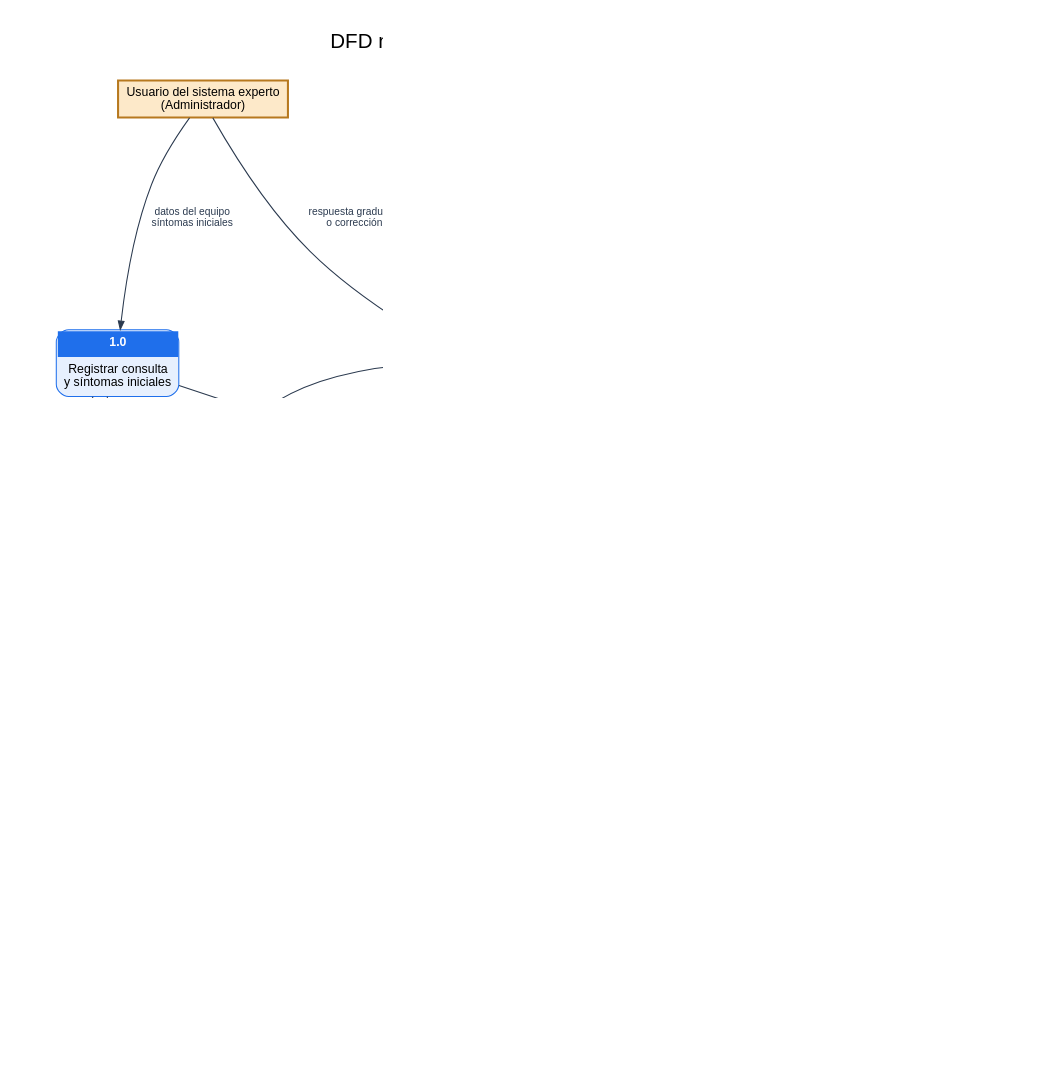
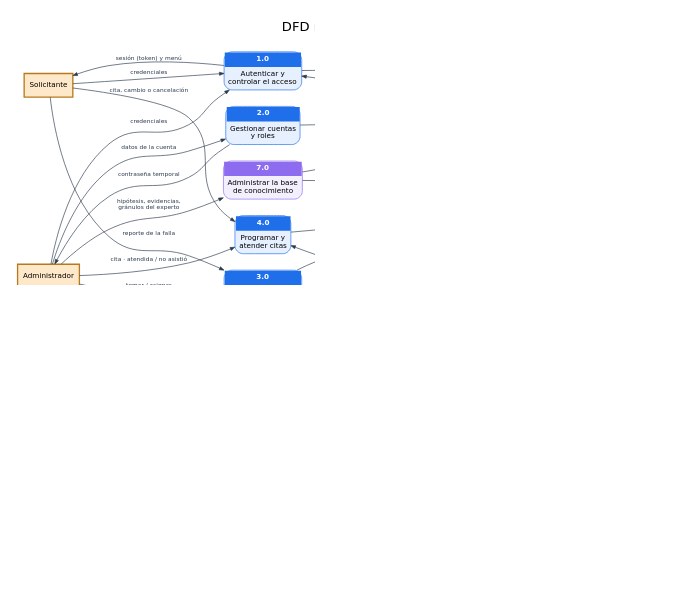
Before and after one commit to JuanCastro6208/SistemaExperto: the diagram in diseno/dfd_nivel1.dot, drawn with Graphviz. The commit also changed 143 other files, not shown here.

First line of the commit message:
Entrega final: procesos transaccionales, patrón DAO y dos bases de datos

```diff
--- a/diseno/dfd_nivel1.dot
+++ b/diseno/dfd_nivel1.dot
@@ -1,52 +1,73 @@
 digraph dfd1 {
-  graph [fontname="Arial", fontsize=20, rankdir=TB, labelloc=t, pad=0.35, dpi=200, nodesep=0.6, ranksep=0.75, splines=spline];
-  node  [fontname="Arial", fontsize=12];
-  edge  [fontname="Arial", fontsize=10, color="#2b3a4f", fontcolor="#2b3a4f", arrowsize=0.8];
-  label="DFD nivel 1 · Sistema de inferencia SEDATI\n ";
-  usuario [shape=box, style="filled", fillcolor="#fde9c9", color="#b7791f", penwidth=2, fontsize=12, label="Usuario del sistema experto\n(Administrador)"];
-  usuario2 [shape=box, style="filled", fillcolor="#fde9c9", color="#b7791f", penwidth=2, fontsize=12, label="Usuario del sistema experto\n(Administrador)"];
-  experto [shape=box, style="filled", fillcolor="#fde9c9", color="#b7791f", penwidth=2, fontsize=12, label="Experto humano /\nadministrador del conocimiento"];
-  p1 [shape=plain, label=<<TABLE BORDER="1" CELLBORDER="0" CELLSPACING="0" CELLPADDING="6" STYLE="ROUNDED" COLOR="#1f6feb" BGCOLOR="#e7f0fe"><TR><TD BGCOLOR="#1f6feb"><FONT COLOR="white"><B>1.0</B></FONT></TD></TR><TR><TD>Registrar consulta<BR/>y síntomas iniciales</TD></TR></TABLE>>];
-  p2 [shape=plain, label=<<TABLE BORDER="1" CELLBORDER="0" CELLSPACING="0" CELLPADDING="6" STYLE="ROUNDED" COLOR="#1f6feb" BGCOLOR="#e7f0fe"><TR><TD BGCOLOR="#1f6feb"><FONT COLOR="white"><B>2.0</B></FONT></TD></TR><TR><TD>Consultar gránulos<BR/>(encadenamiento<BR/>hacia adelante)</TD></TR></TABLE>>];
-  p3 [shape=plain, label=<<TABLE BORDER="1" CELLBORDER="0" CELLSPACING="0" CELLPADDING="6" STYLE="ROUNDED" COLOR="#1f6feb" BGCOLOR="#e7f0fe"><TR><TD BGCOLOR="#1f6feb"><FONT COLOR="white"><B>3.0</B></FONT></TD></TR><TR><TD>Registrar respuesta y<BR/>deducir observaciones</TD></TR></TABLE>>];
-  p4 [shape=plain, label=<<TABLE BORDER="1" CELLBORDER="0" CELLSPACING="0" CELLPADDING="6" STYLE="ROUNDED" COLOR="#1f6feb" BGCOLOR="#e7f0fe"><TR><TD BGCOLOR="#1f6feb"><FONT COLOR="white"><B>4.0</B></FONT></TD></TR><TR><TD>Evaluar gránulos y<BR/>calcular peso probabilístico</TD></TR></TABLE>>];
-  p5 [shape=plain, label=<<TABLE BORDER="1" CELLBORDER="0" CELLSPACING="0" CELLPADDING="6" STYLE="ROUNDED" COLOR="#1f6feb" BGCOLOR="#e7f0fe"><TR><TD BGCOLOR="#1f6feb"><FONT COLOR="white"><B>5.0</B></FONT></TD></TR><TR><TD>Seleccionar siguiente<BR/>pregunta (ganancia<BR/>de información)</TD></TR></TABLE>>];
-  p6 [shape=plain, label=<<TABLE BORDER="1" CELLBORDER="0" CELLSPACING="0" CELLPADDING="6" STYLE="ROUNDED" COLOR="#1f6feb" BGCOLOR="#e7f0fe"><TR><TD BGCOLOR="#1f6feb"><FONT COLOR="white"><B>6.0</B></FONT></TD></TR><TR><TD>Generar diagnóstico<BR/>y explicación</TD></TR></TABLE>>];
-  p7 [shape=plain, label=<<TABLE BORDER="1" CELLBORDER="0" CELLSPACING="0" CELLPADDING="6" STYLE="ROUNDED" COLOR="#1f6feb" BGCOLOR="#e7f0fe"><TR><TD BGCOLOR="#1f6feb"><FONT COLOR="white"><B>7.0</B></FONT></TD></TR><TR><TD>Mantener base de<BR/>conocimiento</TD></TR></TABLE>>];
-  d1 [shape=plain, label=<<TABLE BORDER="0" CELLBORDER="1" CELLSPACING="0" CELLPADDING="5" COLOR="#5b6676"><TR><TD SIDES="LTB" BGCOLOR="#eef1f5"><B>D1</B></TD><TD SIDES="TB" BGCOLOR="#f7f9fb" ALIGN="LEFT">hipotesis</TD></TR></TABLE>>];
-  d2 [shape=plain, label=<<TABLE BORDER="0" CELLBORDER="1" CELLSPACING="0" CELLPADDING="5" COLOR="#5b6676"><TR><TD SIDES="LTB" BGCOLOR="#eef1f5"><B>D2</B></TD><TD SIDES="TB" BGCOLOR="#f7f9fb" ALIGN="LEFT">evidencia</TD></TR></TABLE>>];
-  d3 [shape=plain, label=<<TABLE BORDER="0" CELLBORDER="1" CELLSPACING="0" CELLPADDING="5" COLOR="#5b6676"><TR><TD SIDES="LTB" BGCOLOR="#eef1f5"><B>D3</B></TD><TD SIDES="TB" BGCOLOR="#f7f9fb" ALIGN="LEFT">granulo</TD></TR></TABLE>>];
-  d4 [shape=plain, label=<<TABLE BORDER="0" CELLBORDER="1" CELLSPACING="0" CELLPADDING="5" COLOR="#5b6676"><TR><TD SIDES="LTB" BGCOLOR="#eef1f5"><B>D4</B></TD><TD SIDES="TB" BGCOLOR="#f7f9fb" ALIGN="LEFT">memoria de trabajo (temporal)</TD></TR></TABLE>>];
-  d5 [shape=plain, label=<<TABLE BORDER="0" CELLBORDER="1" CELLSPACING="0" CELLPADDING="5" COLOR="#5b6676"><TR><TD SIDES="LTB" BGCOLOR="#eef1f5"><B>D5</B></TD><TD SIDES="TB" BGCOLOR="#f7f9fb" ALIGN="LEFT">consulta</TD></TR></TABLE>>];
-  d6 [shape=plain, label=<<TABLE BORDER="0" CELLBORDER="1" CELLSPACING="0" CELLPADDING="5" COLOR="#5b6676"><TR><TD SIDES="LTB" BGCOLOR="#eef1f5"><B>D6</B></TD><TD SIDES="TB" BGCOLOR="#f7f9fb" ALIGN="LEFT">consulta_respuesta</TD></TR></TABLE>>];
-  d7 [shape=plain, label=<<TABLE BORDER="0" CELLBORDER="1" CELLSPACING="0" CELLPADDING="5" COLOR="#5b6676"><TR><TD SIDES="LTB" BGCOLOR="#eef1f5"><B>D7</B></TD><TD SIDES="TB" BGCOLOR="#f7f9fb" ALIGN="LEFT">escala_respuesta</TD></TR></TABLE>>];
-  d8 [shape=plain, label=<<TABLE BORDER="0" CELLBORDER="1" CELLSPACING="0" CELLPADDING="5" COLOR="#5b6676"><TR><TD SIDES="LTB" BGCOLOR="#eef1f5"><B>D8</B></TD><TD SIDES="TB" BGCOLOR="#f7f9fb" ALIGN="LEFT">consulta_hipotesis</TD></TR></TABLE>>];
-  usuario -> p1 [label="datos del equipo\nsíntomas iniciales"];
-  p1 -> d5 [label="consulta nueva"];
-  p1 -> d6 [label="síntomas (Sí = +1)"];
-  p1 -> p2 [label="evidencias afirmadas"];
-  d3 -> p2 [label="reglas que contienen\nla evidencia / reglas\nde la categoría"];
-  d2 -> p2 [label="evidencias de la\nmisma observación"];
-  d1 -> p2 [label="hipótesis y\nprobabilidad previa"];
-  p2 -> d4 [label="gránulos e hipótesis\ndel diferencial"];
-  usuario -> p3 [label="respuesta graduada\no corrección"];
-  d7 -> p3 [label="valor de la respuesta\n(−1 … +1)"];
-  p3 -> d6 [label="respuesta"];
-  p3 -> d4 [label="hecho y\nobservaciones deducidas"];
-  p3 -> p2 [label="evidencia afirmada\n(nueva consulta granular)", style=dashed];
-  d4 -> p4 [label="hechos y gránulos"];
-  p4 -> p5 [label="distribución de\nprobabilidad"];
-  d4 -> p5 [label="observaciones\npendientes"];
-  p5 -> usuario2 [label="siguiente pregunta\ny su justificación"];
-  p4 -> p6 [label="hipótesis ponderadas\n(peso y FC)"];
-  p6 -> usuario2 [label="5 hipótesis con peso,\nreglas, acción recomendada"];
-  p6 -> d8 [label="resultado (top 5)"];
-  p6 -> d5 [label="cierre de la consulta"];
-  experto -> p7 [label="conocimiento del experto"];
-  p7 -> d1 [label="hipótesis"];
-  p7 -> d2 [label="evidencias"];
-  p7 -> d3 [label="reglas (gránulos)"];
-  {rank=same; usuario; experto;}
-  {rank=same; d1; d2; d3;}
-  {rank=same; usuario2;}
+  graph [fontname="DejaVu Sans", fontsize=20, rankdir=LR, labelloc=t, pad=0.35, dpi=160, nodesep=0.35, ranksep=1.25, splines=spline, newrank=true];
+  node  [fontname="DejaVu Sans", fontsize=11];
+  edge  [fontname="DejaVu Sans", fontsize=9, color="#2b3a4f", fontcolor="#2b3a4f", arrowsize=0.7];
+  label="DFD nivel 1 · SEDATI\n ";
+
+  // entidades externas
+  sol [shape=box, style="filled", fillcolor="#fde9c9", color="#b7791f", penwidth=2, label="Solicitante"];
+  adm [shape=box, style="filled", fillcolor="#fde9c9", color="#b7791f", penwidth=2, label="Administrador"];
+  area [shape=box, style="filled", fillcolor="#fde9c9", color="#b7791f", penwidth=2, label="Área de\nescalamiento"];
+
+  // procesos
+  node [shape=plain];
+  p1 [label=<<TABLE BORDER="1" CELLBORDER="0" CELLSPACING="0" CELLPADDING="5" STYLE="ROUNDED" COLOR="#1f6feb" BGCOLOR="#e7f0fe"><TR><TD BGCOLOR="#1f6feb"><FONT COLOR="white"><B>1.0</B></FONT></TD></TR><TR><TD>Autenticar y<BR/>controlar el acceso</TD></TR></TABLE>>];
+  p2 [label=<<TABLE BORDER="1" CELLBORDER="0" CELLSPACING="0" CELLPADDING="5" STYLE="ROUNDED" COLOR="#1f6feb" BGCOLOR="#e7f0fe"><TR><TD BGCOLOR="#1f6feb"><FONT COLOR="white"><B>2.0</B></FONT></TD></TR><TR><TD>Gestionar cuentas<BR/>y roles</TD></TR></TABLE>>];
+  p3 [label=<<TABLE BORDER="1" CELLBORDER="0" CELLSPACING="0" CELLPADDING="5" STYLE="ROUNDED" COLOR="#1f6feb" BGCOLOR="#e7f0fe"><TR><TD BGCOLOR="#1f6feb"><FONT COLOR="white"><B>3.0</B></FONT></TD></TR><TR><TD>Registrar y asignar<BR/>el incidente</TD></TR></TABLE>>];
+  p4 [label=<<TABLE BORDER="1" CELLBORDER="0" CELLSPACING="0" CELLPADDING="5" STYLE="ROUNDED" COLOR="#1f6feb" BGCOLOR="#e7f0fe"><TR><TD BGCOLOR="#1f6feb"><FONT COLOR="white"><B>4.0</B></FONT></TD></TR><TR><TD>Programar y<BR/>atender citas</TD></TR></TABLE>>];
+  p5 [label=<<TABLE BORDER="1" CELLBORDER="0" CELLSPACING="0" CELLPADDING="5" STYLE="ROUNDED" COLOR="#1e8e5a" BGCOLOR="#e6f5ec"><TR><TD BGCOLOR="#1e8e5a"><FONT COLOR="white"><B>5.0</B></FONT></TD></TR><TR><TD>Diagnosticar con el<BR/>motor de inferencia<BR/><FONT POINT-SIZE="9">(detalle en el nivel 2)</FONT></TD></TR></TABLE>>];
+  p6 [label=<<TABLE BORDER="1" CELLBORDER="0" CELLSPACING="0" CELLPADDING="5" STYLE="ROUNDED" COLOR="#1f6feb" BGCOLOR="#e7f0fe"><TR><TD BGCOLOR="#1f6feb"><FONT COLOR="white"><B>6.0</B></FONT></TD></TR><TR><TD>Registrar solución,<BR/>cerrar o escalar</TD></TR></TABLE>>];
+  p7 [label=<<TABLE BORDER="1" CELLBORDER="0" CELLSPACING="0" CELLPADDING="5" STYLE="ROUNDED" COLOR="#8e6cef" BGCOLOR="#f3effd"><TR><TD BGCOLOR="#8e6cef"><FONT COLOR="white"><B>7.0</B></FONT></TD></TR><TR><TD>Administrar la base<BR/>de conocimiento</TD></TR></TABLE>>];
+  p8 [label=<<TABLE BORDER="1" CELLBORDER="0" CELLSPACING="0" CELLPADDING="5" STYLE="ROUNDED" COLOR="#1f6feb" BGCOLOR="#e7f0fe"><TR><TD BGCOLOR="#1f6feb"><FONT COLOR="white"><B>8.0</B></FONT></TD></TR><TR><TD>Consultar historial,<BR/>indicadores y reportes</TD></TR></TABLE>>];
+
+  // almacenes (sedati_trx = D, sedati_kb = K)
+  d1 [label=<<TABLE BORDER="0" CELLBORDER="1" CELLSPACING="0" CELLPADDING="4" COLOR="#5b6676"><TR><TD SIDES="LTB" BGCOLOR="#eef1f5"><B>D1</B></TD><TD SIDES="TB" BGCOLOR="#f7f9fb" ALIGN="LEFT">usuario · rol · modulo · rol_permiso</TD></TR></TABLE>>];
+  d2 [label=<<TABLE BORDER="0" CELLBORDER="1" CELLSPACING="0" CELLPADDING="4" COLOR="#5b6676"><TR><TD SIDES="LTB" BGCOLOR="#eef1f5"><B>D2</B></TD><TD SIDES="TB" BGCOLOR="#f7f9fb" ALIGN="LEFT">bitacora_acceso</TD></TR></TABLE>>];
+  d3 [label=<<TABLE BORDER="0" CELLBORDER="1" CELLSPACING="0" CELLPADDING="4" COLOR="#5b6676"><TR><TD SIDES="LTB" BGCOLOR="#eef1f5"><B>D3</B></TD><TD SIDES="TB" BGCOLOR="#f7f9fb" ALIGN="LEFT">equipo · tipo_equipo · dependencia</TD></TR></TABLE>>];
+  d4 [label=<<TABLE BORDER="0" CELLBORDER="1" CELLSPACING="0" CELLPADDING="4" COLOR="#5b6676"><TR><TD SIDES="LTB" BGCOLOR="#eef1f5"><B>D4</B></TD><TD SIDES="TB" BGCOLOR="#f7f9fb" ALIGN="LEFT">incidente · incidente_historial</TD></TR></TABLE>>];
+  d5 [label=<<TABLE BORDER="0" CELLBORDER="1" CELLSPACING="0" CELLPADDING="4" COLOR="#5b6676"><TR><TD SIDES="LTB" BGCOLOR="#eef1f5"><B>D5</B></TD><TD SIDES="TB" BGCOLOR="#f7f9fb" ALIGN="LEFT">cita</TD></TR></TABLE>>];
+  d6 [label=<<TABLE BORDER="0" CELLBORDER="1" CELLSPACING="0" CELLPADDING="4" COLOR="#5b6676"><TR><TD SIDES="LTB" BGCOLOR="#eef1f5"><B>D6</B></TD><TD SIDES="TB" BGCOLOR="#f7f9fb" ALIGN="LEFT">diagnostico · incidente_evidencia · diagnostico_hipotesis</TD></TR></TABLE>>];
+  d7 [label=<<TABLE BORDER="0" CELLBORDER="1" CELLSPACING="0" CELLPADDING="4" COLOR="#5b6676"><TR><TD SIDES="LTB" BGCOLOR="#eef1f5"><B>D7</B></TD><TD SIDES="TB" BGCOLOR="#f7f9fb" ALIGN="LEFT">intervencion · escalamiento</TD></TR></TABLE>>];
+  d8 [label=<<TABLE BORDER="0" CELLBORDER="1" CELLSPACING="0" CELLPADDING="4" COLOR="#5b6676"><TR><TD SIDES="LTB" BGCOLOR="#eef1f5"><B>D8</B></TD><TD SIDES="TB" BGCOLOR="#f7f9fb" ALIGN="LEFT">auditoria_conocimiento</TD></TR></TABLE>>];
+  k1 [label=<<TABLE BORDER="0" CELLBORDER="1" CELLSPACING="0" CELLPADDING="4" COLOR="#8e6cef"><TR><TD SIDES="LTB" BGCOLOR="#e9e2fb"><B>K</B></TD><TD SIDES="TB" BGCOLOR="#f6f2fe" ALIGN="LEFT">sedati_kb: hipotesis · evidencia · granulo</TD></TR></TABLE>>];
+
+  // flujos
+  sol -> p1 [label="credenciales"];
+  adm -> p1 [label="credenciales"];
+  d1 -> p1 [label="cuenta, hash y permisos"];
+  p1 -> d2 [label="intento de ingreso"];
+  p1 -> sol [label="sesión (token) y menú"];
+  adm -> p2 [label="datos de la cuenta"];
+  p2 -> d1 [label="cuenta y rol"];
+  p2 -> adm [label="contraseña temporal"];
+  sol -> p3 [label="reporte de la falla"];
+  p3 -> d3 [label="equipo nuevo"];
+  p3 -> d4 [label="incidente ABIERTO"];
+  adm -> p3 [label="tomar / asignar"];
+  sol -> p4 [label="cita, cambio o cancelación"];
+  adm -> p4 [label="cita · atendida / no asistió"];
+  d4 -> p4 [label="responsable"];
+  p4 -> d5 [label="cita sin solape"];
+  adm -> p5 [label="síntomas y\nrespuestas graduadas"];
+  k1 -> p5 [label="gránulos consultados\nde forma granular"];
+  d6 -> p5 [label="hipótesis descartadas\nen rondas anteriores"];
+  p5 -> adm [label="preguntas · 5 hipótesis\ncon peso y explicación"];
+  p5 -> d6 [label="ronda: evidencias e\nhipótesis propuestas"];
+  p5 -> d4 [label="EN_DIAGNOSTICO\ny categoría"];
+  adm -> p6 [label="decisión, solución\nresultado o escalamiento"];
+  p6 -> d6 [label="CONFIRMADA / DESCARTADA"];
+  p6 -> d7 [label="intervención o escalamiento"];
+  p6 -> d4 [label="CERRADO / ESCALADO"];
+  p6 -> area [label="incidente escalado"];
+  adm -> p7 [label="hipótesis, evidencias,\ngránulos del experto"];
+  p7 -> k1 [label="alta, versión,\nactivación"];
+  p7 -> d8 [label="quién y cuándo"];
+  d4 -> p8 [label="incidentes"];
+  d6 -> p8 [label="rondas"];
+  d7 -> p8 [label="soluciones"];
+  p8 -> adm [label="historial por equipo,\nindicadores y CSV"];
+
+  {rank=same; sol; adm;}
+  {rank=same; p1; p2; p3; p4;}
+  {rank=same; p5; p6; p7; p8;}
 }
```
